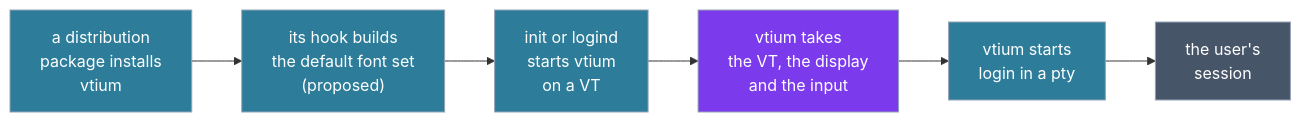
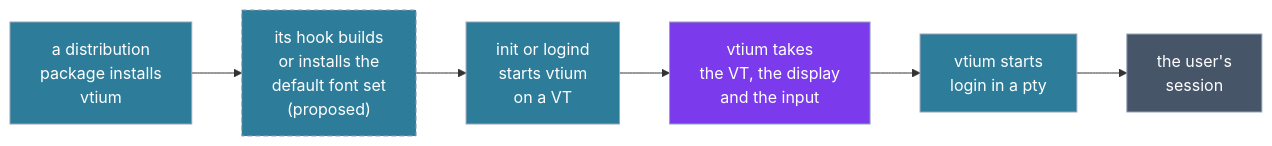
One commit to vtium/vtium changed the first of 2 diagrams in docs/concepts.md. Above: the diagram before and after it, drawn with Mermaid. The commit also changed other lines of this file and 2 other files, not shown here.

First line of the commit message:
docs(concepts): cover vtium's whole suite

````diff
--- a/docs/concepts.md
+++ b/docs/concepts.md
@@ -27,14 +51,16 @@
 ```mermaid
 flowchart LR
-    PKG["a distribution<br>package installs<br>vtium"] --> HOOK["its hook builds<br>the default font set<br>(proposed)"]
+    PKG["a distribution<br>package installs<br>vtium"] --> HOOK["its hook builds<br>or installs the<br>default font set<br>(proposed)"]
     HOOK --> INIT["init or logind<br>starts vtium<br>on a VT"]
     INIT --> TAKE["vtium takes<br>the VT, the display<br>and the input"]
     TAKE --> PTY["vtium starts<br>login in a pty"]
     PTY --> USE["the user's<br>session"]
     classDef step fill:#2d7d9a,color:#ffffff,stroke:#94a3b8
     classDef core fill:#7c3aed,color:#ffffff,stroke:#94a3b8
+    classDef proposed fill:#2d7d9a,color:#ffffff,stroke:#94a3b8,stroke-dasharray:5 3
     classDef user fill:#475569,color:#ffffff,stroke:#94a3b8
-    class PKG,HOOK,INIT,PTY step
+    class PKG,INIT,PTY step
+    class HOOK proposed
     class TAKE core
     class USE user
 ```
````
